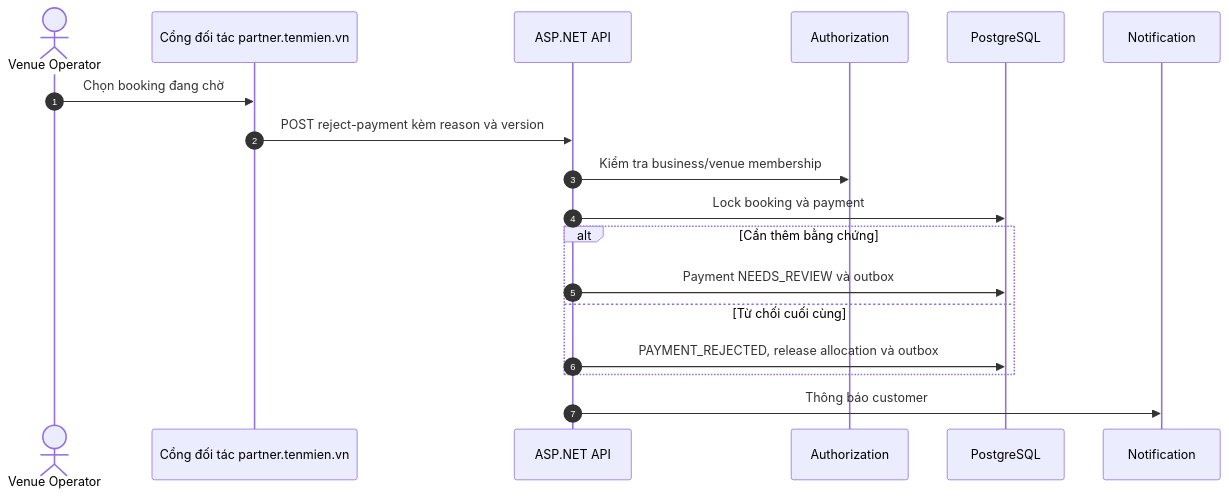
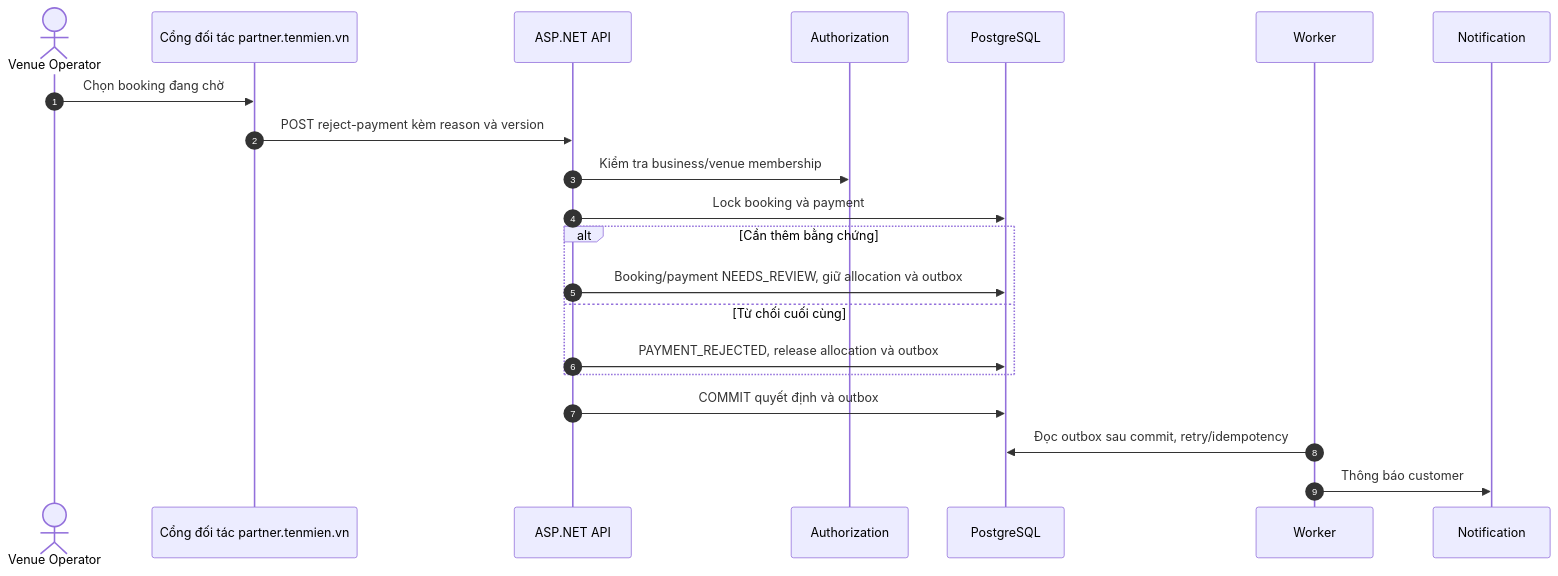
One commit to nguyendingluong20225878/ShuttleBook changed diagram 11 of 12 in docs/02-states-and-sequences.md. Above: the diagram before and after it, drawn with Mermaid. The commit also changed other lines of this file and 111 other files, not shown here.

````diff
--- a/docs/02-states-and-sequences.md
+++ b/docs/02-states-and-sequences.md
@@ -238,21 +241,24 @@
 ```mermaid
 sequenceDiagram
     autonumber
     actor O as Venue Operator
     participant UI as Cổng đối tác partner.tenmien.vn
     participant API as ASP.NET API
     participant Auth as Authorization
     participant DB as PostgreSQL
+    participant W as Worker
     participant N as Notification
 
     O->>UI: Chọn booking đang chờ
     UI->>API: POST reject-payment kèm reason và version
     API->>Auth: Kiểm tra business/venue membership
     API->>DB: Lock booking và payment
     alt Cần thêm bằng chứng
-      API->>DB: Payment NEEDS_REVIEW và outbox
+      API->>DB: Booking/payment NEEDS_REVIEW, giữ allocation và outbox
     else Từ chối cuối cùng
       API->>DB: PAYMENT_REJECTED, release allocation và outbox
     end
-    API->>N: Thông báo customer
+    API->>DB: COMMIT quyết định và outbox
+    W->>DB: Đọc outbox sau commit, retry/idempotency
+    W->>N: Thông báo customer
 ```
````
